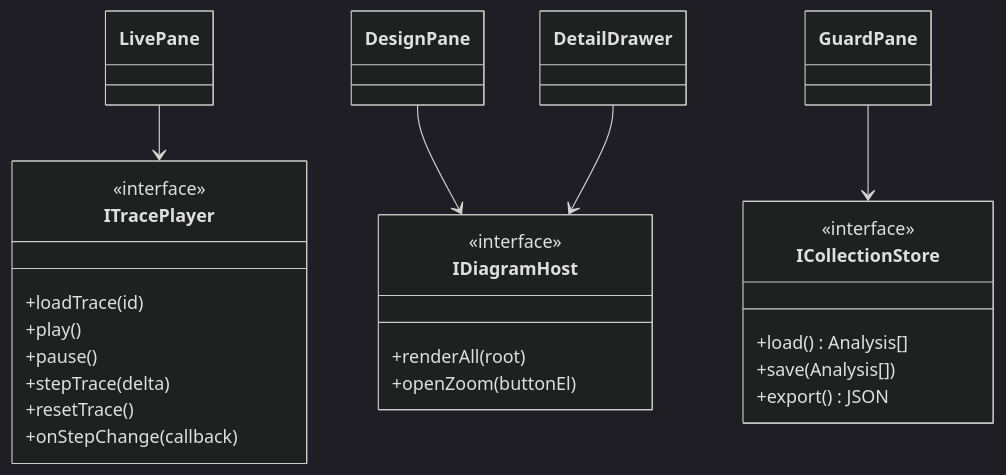
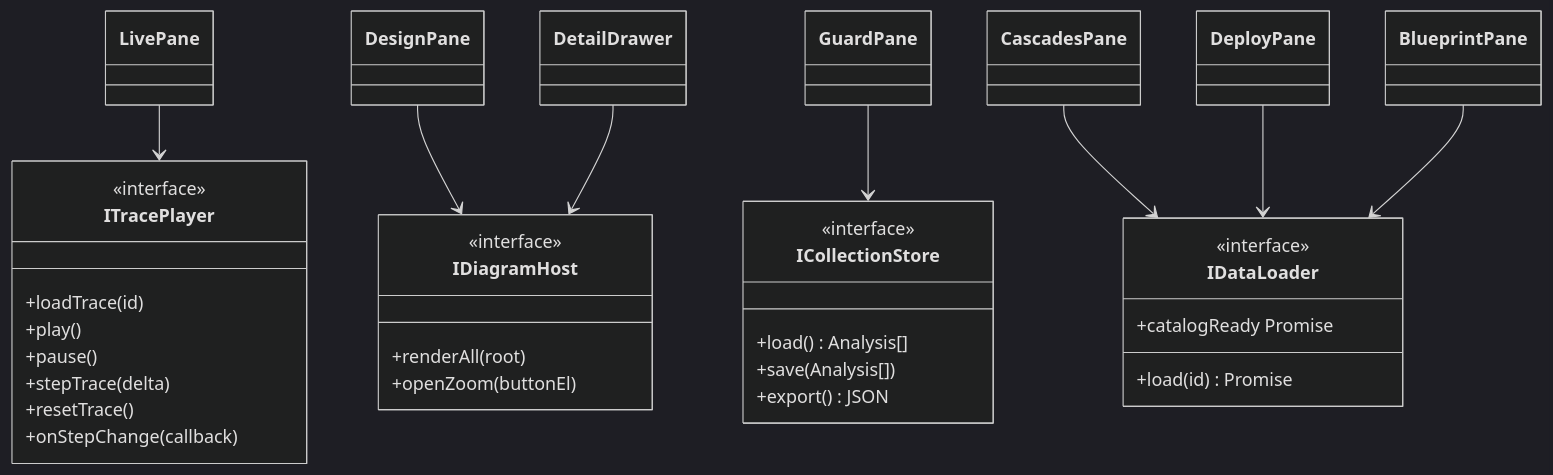
Before and after one commit to harishgovardhandamodar/AI-Agents-Patterns: the fourth of 4 diagrams in design/02-uml.md, drawn with Mermaid (dark theme). The commit also changed other lines of this file and 11 other files, not shown here.

First line of the commit message:
Docs: refresh design & architecture for the current app + new runtime/offline doc

````diff
--- a/design/02-uml.md
+++ b/design/02-uml.md
@@ -205,27 +240,35 @@
 ```mermaid
 classDiagram
   class ITracePlayer {
     <<interface>>
     +loadTrace(id)
     +play()
     +pause()
     +stepTrace(delta)
     +resetTrace()
     +onStepChange(callback)
   }
   class IDiagramHost {
     <<interface>>
     +renderAll(root)
     +openZoom(buttonEl)
   }
   class ICollectionStore {
     <<interface>>
     +load() Analysis[]
     +save(Analysis[])
     +export() JSON
   }
+  class IDataLoader {
+    <<interface>>
+    +load(id) Promise
+    +catalogReady Promise
+  }
   LivePane --> ITracePlayer
   DesignPane --> IDiagramHost
   GuardPane --> ICollectionStore
   DetailDrawer --> IDiagramHost
+  CascadesPane --> IDataLoader
+  DeployPane --> IDataLoader
+  BlueprintPane --> IDataLoader
 ```
````
